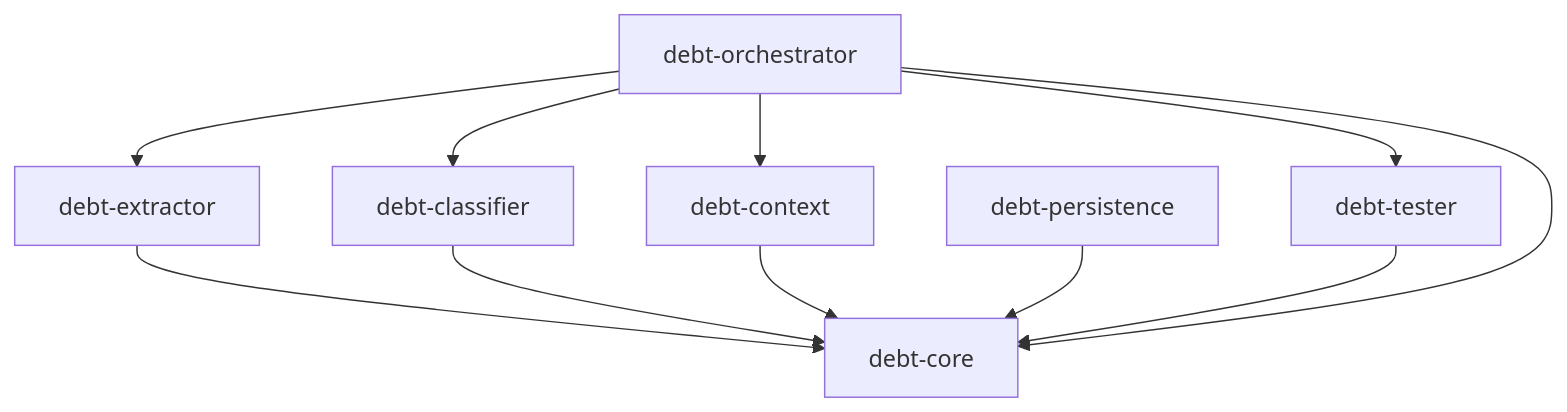
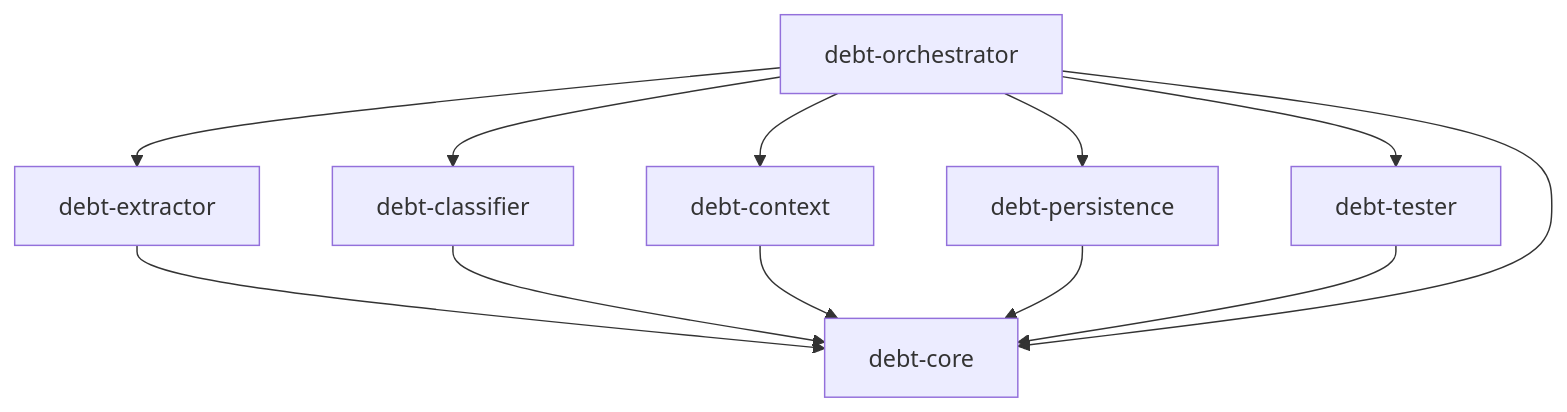
One commit to JonasFortes12/debt2test changed the first of 5 diagrams in architecture.md. Above: the diagram before and after it, drawn with Mermaid. The commit also changed 1 other file, not shown here.

Commit message:
docs: update readme with architecture

````diff
--- a/architecture.md
+++ b/architecture.md
@@ -118,21 +118,22 @@
 ```mermaid
 graph TD
     CORE[debt-core]
     EXTRACTOR[debt-extractor]
     CLASSIFIER[debt-classifier]
     CONTEXT[debt-context]
     TESTER[debt-tester]
     PERSISTENCE[debt-persistence]
     ORCH[debt-orchestrator]
 
     EXTRACTOR --> CORE
     CLASSIFIER --> CORE
     CONTEXT --> CORE
     PERSISTENCE --> CORE
     TESTER --> CORE
     ORCH --> CORE
     ORCH --> EXTRACTOR
     ORCH --> CLASSIFIER
     ORCH --> CONTEXT
     ORCH --> TESTER
+    ORCH --> PERSISTENCE
 ```
````
